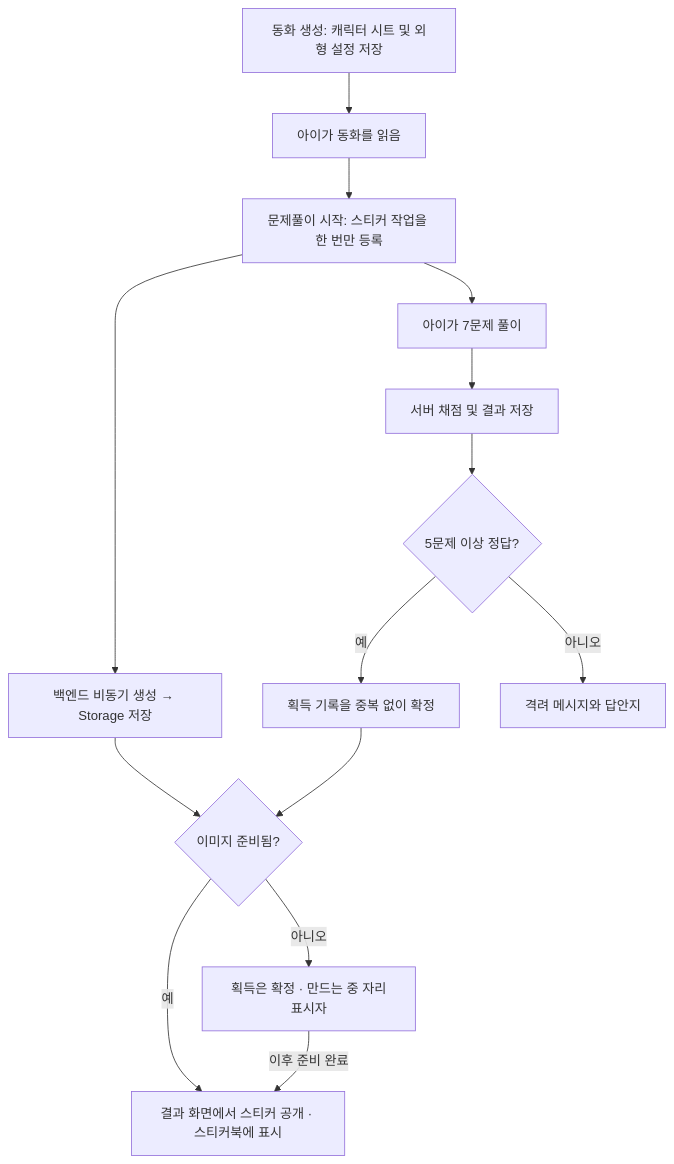
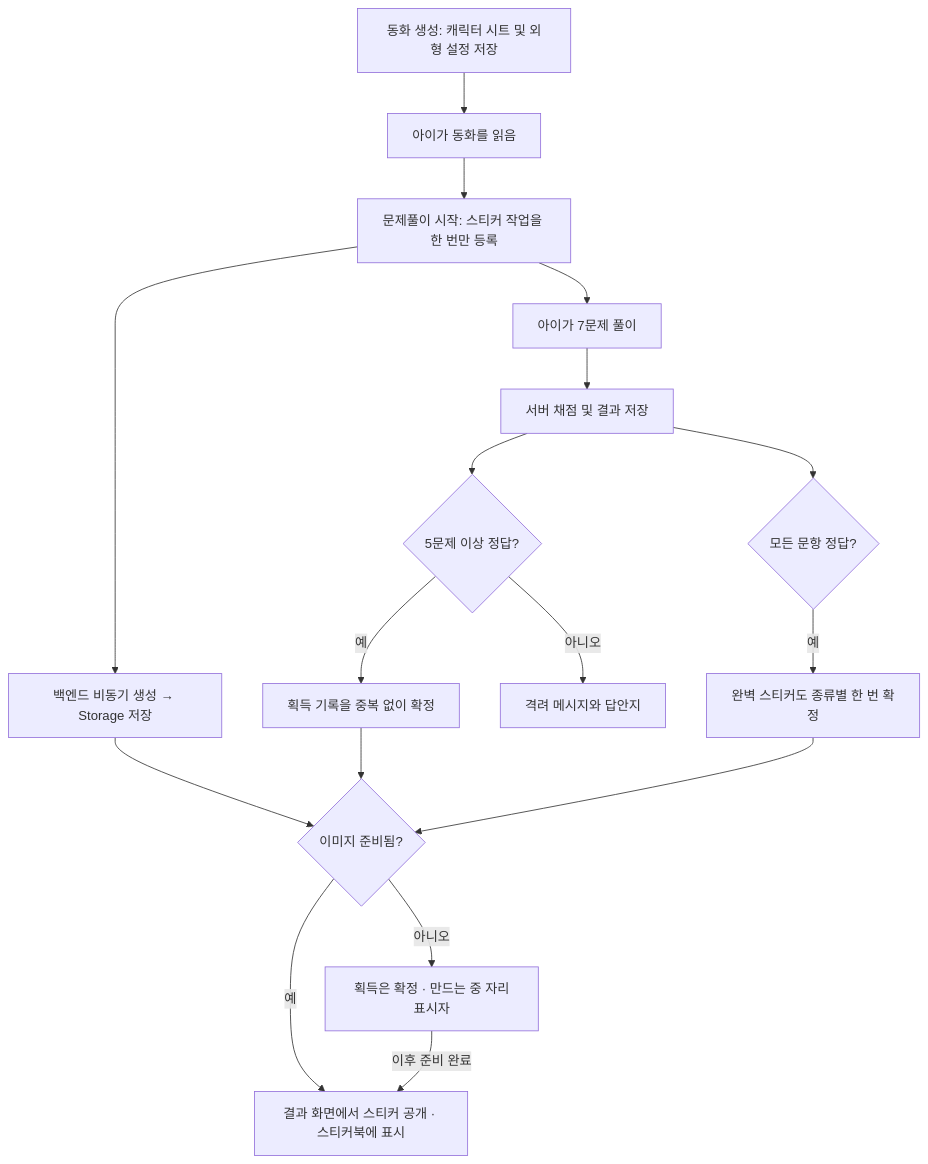
The diagram in docs/STICKER_BOOK_DESIGN.md (Uranium10/doran-doran-front), drawn with Mermaid before and after one commit. The commit also changed other lines of this file and 1 other file, not shown here.

````diff
--- a/docs/STICKER_BOOK_DESIGN.md
+++ b/docs/STICKER_BOOK_DESIGN.md
@@ -22,16 +22,19 @@
 ```mermaid
 flowchart TD
   A[동화 생성: 캐릭터 시트 및 외형 설정 저장] --> B[아이가 동화를 읽음]
   B --> C[문제풀이 시작: 스티커 작업을 한 번만 등록]
   C --> D[백엔드 비동기 생성 → Storage 저장]
   C --> E[아이가 7문제 풀이]
   E --> F[서버 채점 및 결과 저장]
   F --> G{5문제 이상 정답?}
+  F --> M{모든 문항 정답?}
+  M -->|예| N[완벽 스티커도 종류별 한 번 확정]
+  N --> J
   G -->|예| H[획득 기록을 중복 없이 확정]
   G -->|아니오| I[격려 메시지와 답안지]
   H --> J{이미지 준비됨?}
   D --> J
   J -->|예| K[결과 화면에서 스티커 공개 · 스티커북에 표시]
   J -->|아니오| L[획득은 확정 · 만드는 중 자리표시자]
   L -->|이후 준비 완료| K
 ```
````
